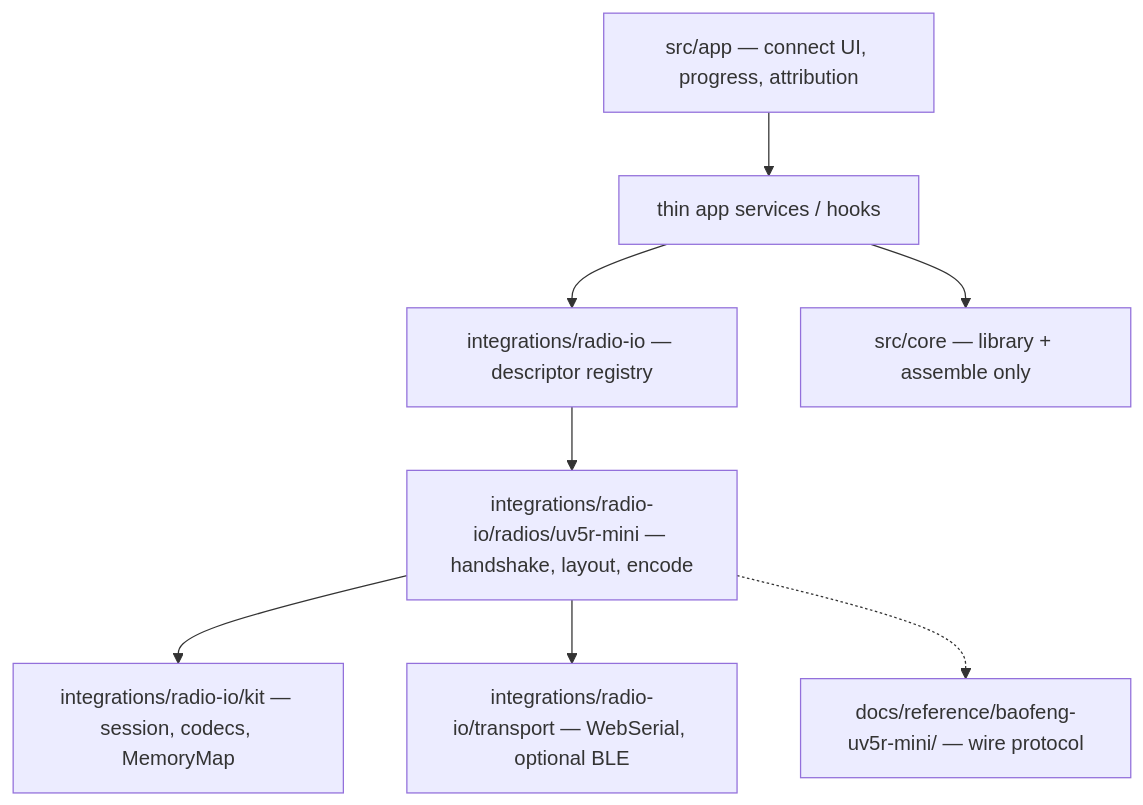
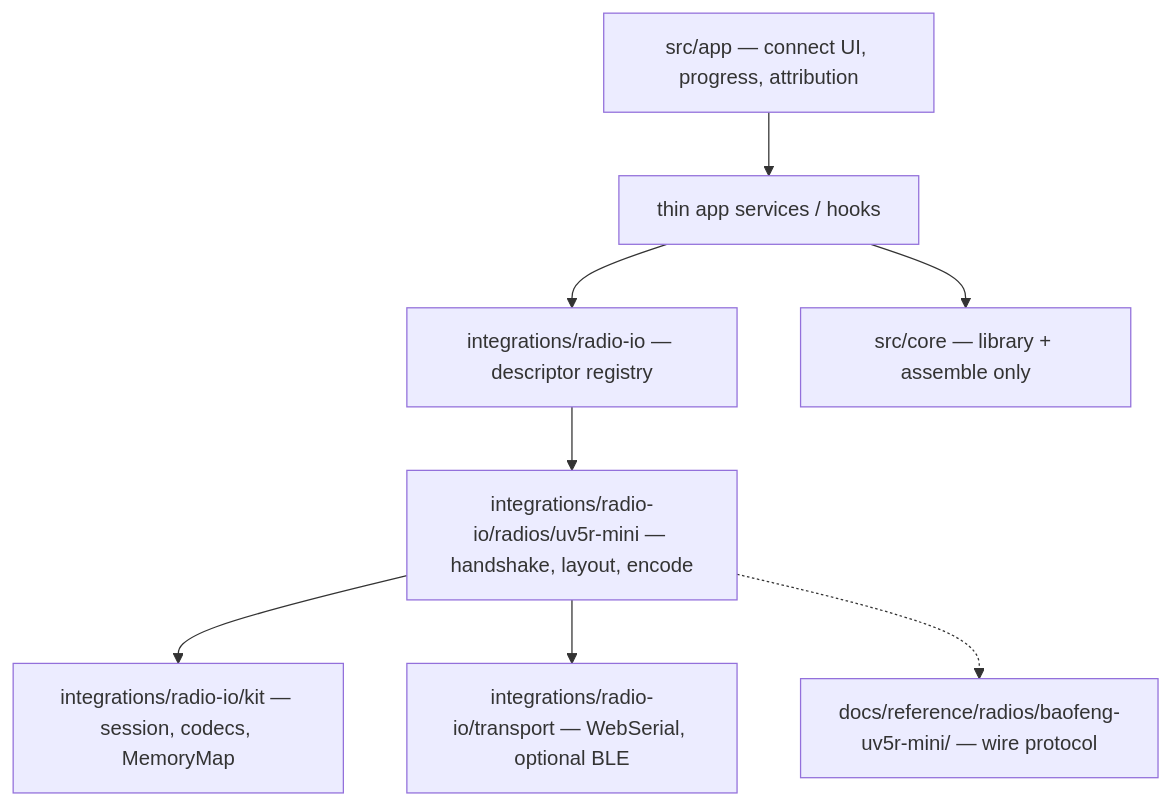
The diagram in docs/features/radio-read-write/protocol-kit-architecture.md (pskillen/codeplug-studio), drawn with Mermaid before and after one commit. The commit also changed other lines of this file and 194 other files, not shown here.

First line of the commit message:
docs(reference): nest formats, radios, and remote-directories

````diff
--- a/docs/features/radio-read-write/protocol-kit-architecture.md
+++ b/docs/features/radio-read-write/protocol-kit-architecture.md
@@ -19,18 +19,18 @@
 ```mermaid
 flowchart TB
   appUI["src/app — connect UI, progress, attribution"]
   svc["thin app services / hooks"]
   registry["integrations/radio-io — descriptor registry"]
   kit["integrations/radio-io/kit — session, codecs, MemoryMap"]
   transport["integrations/radio-io/transport — WebSerial, optional BLE"]
   radios["integrations/radio-io/radios/uv5r-mini — handshake, layout, encode"]
   coreLib["src/core — library + assemble only"]
-  tier3["docs/reference/baofeng-uv5r-mini/ — wire protocol"]
+  tier3["docs/reference/radios/baofeng-uv5r-mini/ — wire protocol"]
 
   appUI --> svc --> registry
   registry --> radios
   radios --> kit
   radios --> transport
   svc --> coreLib
   radios -.-> tier3
 ```
````
